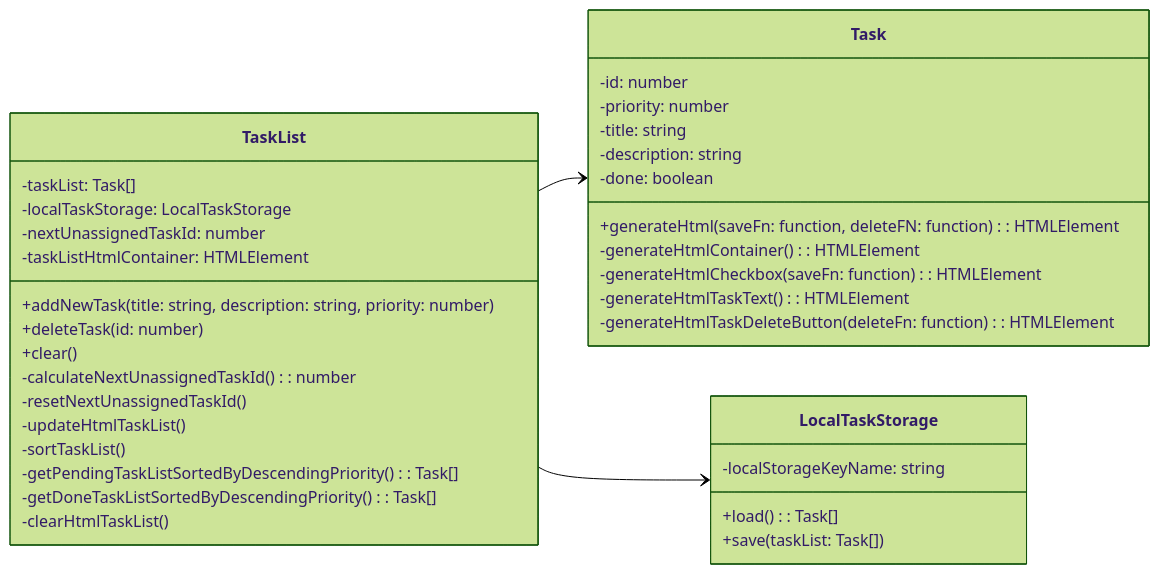
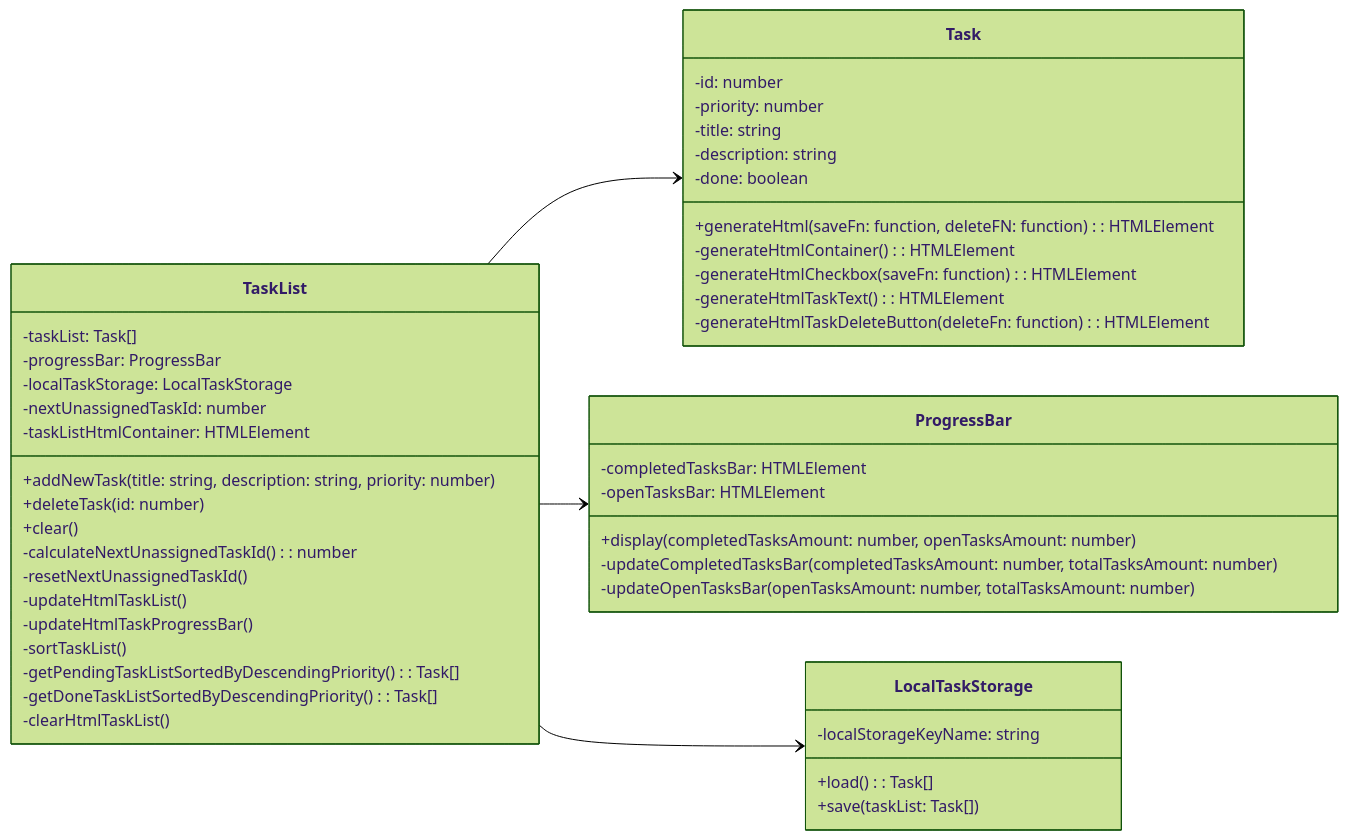
Before and after one commit to lcov29/todo-app: the diagram in README.md, drawn with Mermaid (forest theme).

Commit message:
update class diagram

````diff
--- a/README.md
+++ b/README.md
@@ -43,44 +43,55 @@
 ```mermaid
 classDiagram
     direction LR
     class TaskList {
-        -taskList: Task[] 
+        -taskList: Task[]
+        -progressBar: ProgressBar
         -localTaskStorage: LocalTaskStorage 
         -nextUnassignedTaskId: number
         -taskListHtmlContainer: HTMLElement 
 
         +addNewTask(title: string, description: string, priority: number)
         +deleteTask(id: number)
         +clear()
         -calculateNextUnassignedTaskId(): number
         -resetNextUnassignedTaskId()
         -updateHtmlTaskList()
+        -updateHtmlTaskProgressBar()
         -sortTaskList()
         -getPendingTaskListSortedByDescendingPriority(): Task[]
         -getDoneTaskListSortedByDescendingPriority(): Task[]
         -clearHtmlTaskList()
     }
     class Task {
         -id: number
         -priority: number
         -title: string
         -description: string
         -done: boolean
 
         +generateHtml(saveFn: function, deleteFN: function): HTMLElement
         -generateHtmlContainer(): HTMLElement
         -generateHtmlCheckbox(saveFn: function): HTMLElement
         -generateHtmlTaskText(): HTMLElement
         -generateHtmlTaskDeleteButton(deleteFn: function): HTMLElement
     }
+    class ProgressBar {
+        -completedTasksBar: HTMLElement
+        -openTasksBar: HTMLElement
+
+        +display(completedTasksAmount: number, openTasksAmount: number)
+        -updateCompletedTasksBar(completedTasksAmount: number, totalTasksAmount: number)
+        -updateOpenTasksBar(openTasksAmount: number, totalTasksAmount: number)
+    }
     class LocalTaskStorage {
         -localStorageKeyName: string
 
         +load(): Task[]
         +save(taskList: Task[])
     }
     TaskList --> Task
+    TaskList --> ProgressBar
     TaskList --> LocalTaskStorage
 
 
 ```
````
